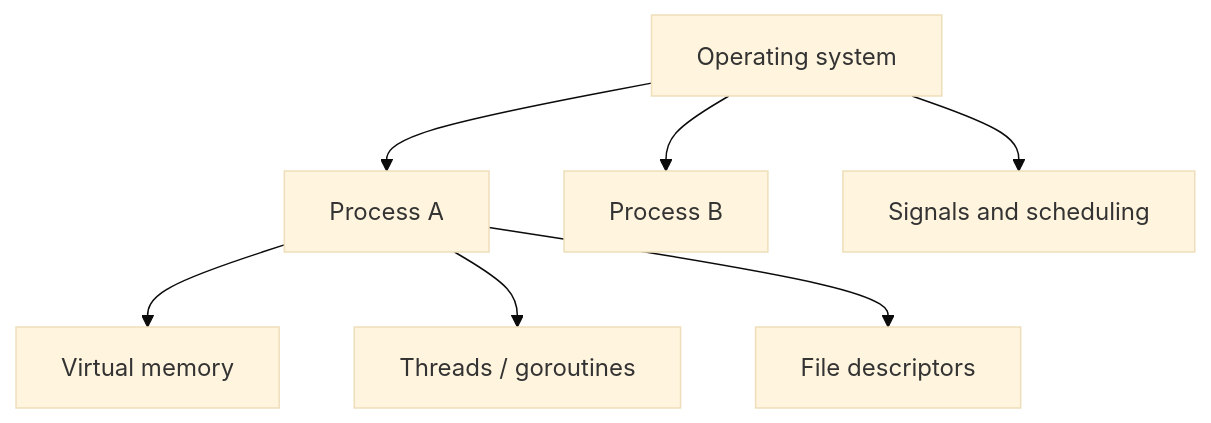
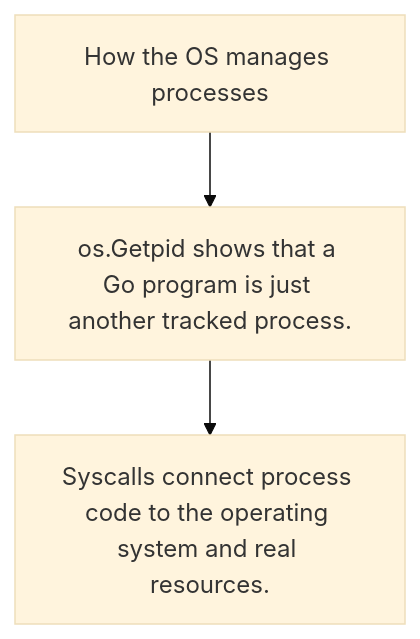
Before and after one commit to rasel9t6/the-go-engineer: the diagram in 00-how-computers-work/5-os-processes/README.md, drawn with Mermaid (base theme). The commit also changed other lines of this file and 290 other files, not shown here.

````diff
--- a/00-how-computers-work/5-os-processes/README.md
+++ b/00-how-computers-work/5-os-processes/README.md
@@ -18,9 +17,5 @@
 ```mermaid
 graph TD
-    A["Operating system"] --> B["Process A"]
-    A --> C["Process B"]
-    B --> D["Virtual memory"]
-    B --> E["Threads / goroutines"]
-    B --> F["File descriptors"]
-    A --> G["Signals and scheduling"]
+    A["How the OS manages processes"] --> B["os.Getpid shows that a Go program is just another tracked process."]
+    B --> C["Syscalls connect process code to the operating system and real resources."]
 ```
````
